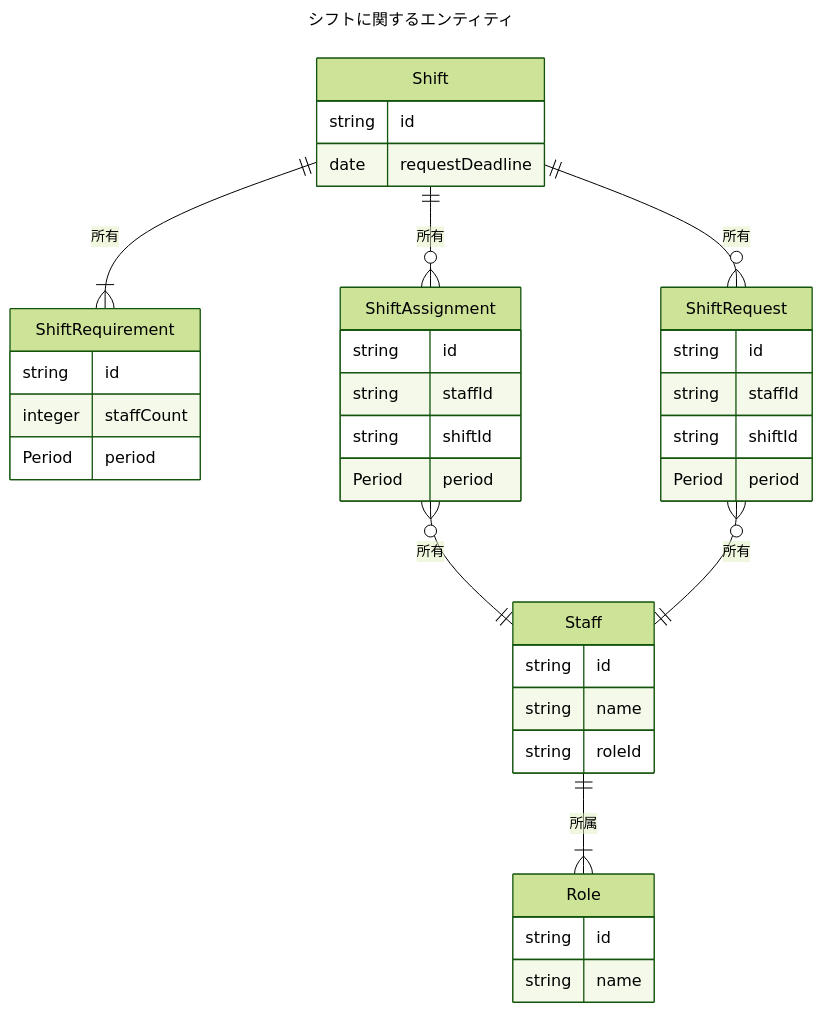
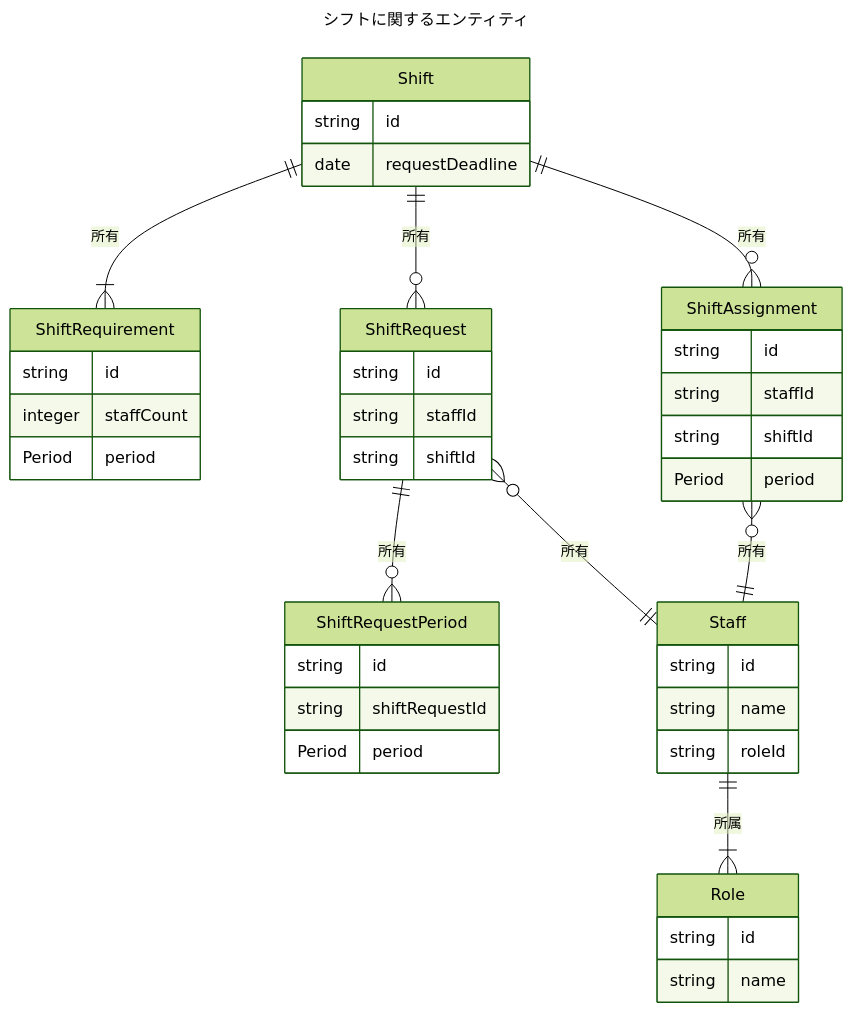
One commit to yokoyamakikaku/shiftori-client-prototype changed the first of 2 diagrams in docs/entity.md. Above: the diagram before and after it, drawn with Mermaid (forest theme). The commit also changed other lines of this file, not shown here.

Commit message:
[UPDATE] ShiftDraft の概念の追加

````diff
--- a/docs/entity.md
+++ b/docs/entity.md
@@ -3,49 +3,55 @@
 ```mermaid
 ---
 title: シフトに関するエンティティ
 ---
 erDiagram
     Shift {
         string id
         date requestDeadline
     }
 
     ShiftRequirement {
         string id
         integer staffCount
         Period period
     }
 
     ShiftRequest {
         string id
         string staffId
         string shiftId
+    }
+
+    ShiftRequestPeriod {
+        string id
+        string shiftRequestId
         Period period
     }
 
     ShiftAssignment {
         string id
         string staffId
         string shiftId
         Period period
     }
 
     Staff {
         string id
         string name
         string roleId
     }
 
     Role {
         string id
         string name
     }
 
     Shift ||--|{ ShiftRequirement : "所有"
     Shift ||--o{ ShiftRequest : "所有"
     Shift ||--o{ ShiftAssignment : "所有"
+    ShiftRequest ||--o{ ShiftRequestPeriod : "所有"
 
     ShiftAssignment }o--|| Staff : "所有"
     ShiftRequest }o--|| Staff : "所有"
     Staff ||--|{ Role : "所属"
 ```
````
